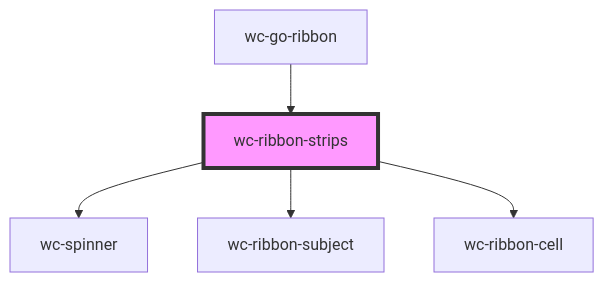
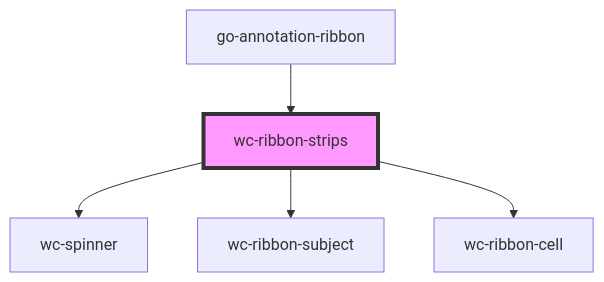
The diagram in src/components/go-ribbon-strips/readme.md (geneontology/web-components), drawn with Mermaid before and after one commit. The commit also changed other lines of this file and 10 other files, not shown here.

Commit message:
Rename wc-go-ribbon to go-annotation-ribbon

````diff
--- a/src/components/go-ribbon-strips/readme.md
+++ b/src/components/go-ribbon-strips/readme.md
@@ -85,8 +85,8 @@
 ```mermaid
 graph TD;
   wc-ribbon-strips --> wc-spinner
   wc-ribbon-strips --> wc-ribbon-subject
   wc-ribbon-strips --> wc-ribbon-cell
-  wc-go-ribbon --> wc-ribbon-strips
+  go-annotation-ribbon --> wc-ribbon-strips
   style wc-ribbon-strips fill:#f9f,stroke:#333,stroke-width:4px
 ```
````
